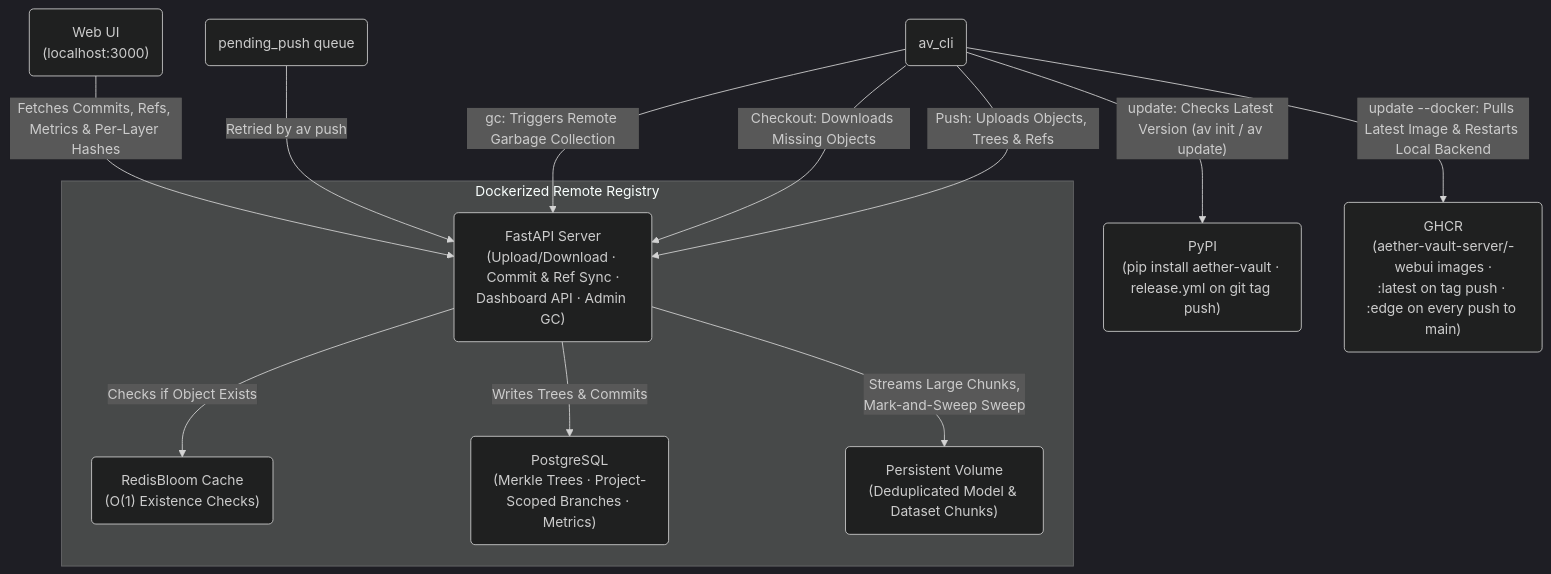
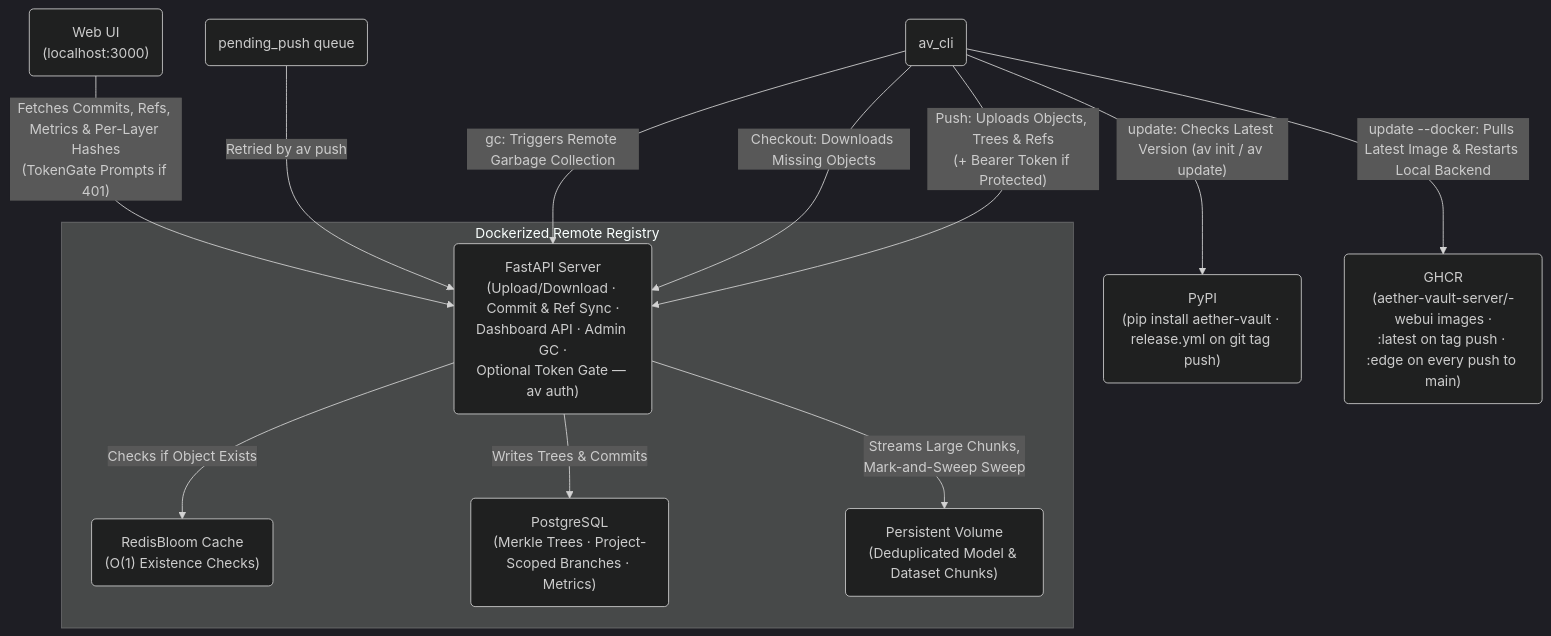
One commit to leon1706-lol/Aether-Vault changed the second of 2 diagrams in README.md. Above: the diagram before and after it, drawn with Mermaid (dark theme). The commit also changed other lines of this file and 20 other files, not shown here.

````diff
--- a/README.md
+++ b/README.md
@@ -79,28 +79,28 @@
 ```mermaid
 graph TD
     CLI("av_cli")
     PendingQ("pending_push queue")
     WebUI("Web UI<br>(localhost:3000)")
 
     subgraph Remote [Dockerized Remote Registry]
-        FastAPI("FastAPI Server<br>(Upload/Download · Commit & Ref Sync ·<br>Dashboard API · Admin GC)")
+        FastAPI("FastAPI Server<br>(Upload/Download · Commit & Ref Sync ·<br>Dashboard API · Admin GC ·<br>Optional Token Gate — av auth)")
         Redis("RedisBloom Cache<br>(O(1) Existence Checks)")
         DB("PostgreSQL<br>(Merkle Trees · Project-Scoped Branches · Metrics)")
         Storage("Persistent Volume<br>(Deduplicated Model & Dataset Chunks)")
 
         FastAPI -- "Checks if Object Exists" --> Redis
         FastAPI -- "Writes Trees & Commits" --> DB
         FastAPI -- "Streams Large Chunks,<br>Mark-and-Sweep Sweep" --> Storage
     end
 
-    CLI -- "Push: Uploads Objects, Trees & Refs" --> FastAPI
+    CLI -- "Push: Uploads Objects, Trees & Refs<br>(+ Bearer Token if Protected)" --> FastAPI
     CLI -- "Checkout: Downloads Missing Objects" --> FastAPI
     CLI -- "gc: Triggers Remote Garbage Collection" --> FastAPI
     PendingQ -- "Retried by av push" --> FastAPI
-    WebUI -- "Fetches Commits, Refs, Metrics & Per-Layer Hashes" --> FastAPI
+    WebUI -- "Fetches Commits, Refs, Metrics & Per-Layer Hashes<br>(TokenGate Prompts if 401)" --> FastAPI
 
     PyPI("PyPI<br>(pip install aether-vault · release.yml on git tag push)")
     GHCR("GHCR<br>(aether-vault-server/-webui images ·<br>:latest on tag push · :edge on every push to main)")
     CLI -- "update: Checks Latest Version (av init / av update)" --> PyPI
     CLI -- "update --docker: Pulls Latest Image & Restarts Local Backend" --> GHCR
 ```
````
